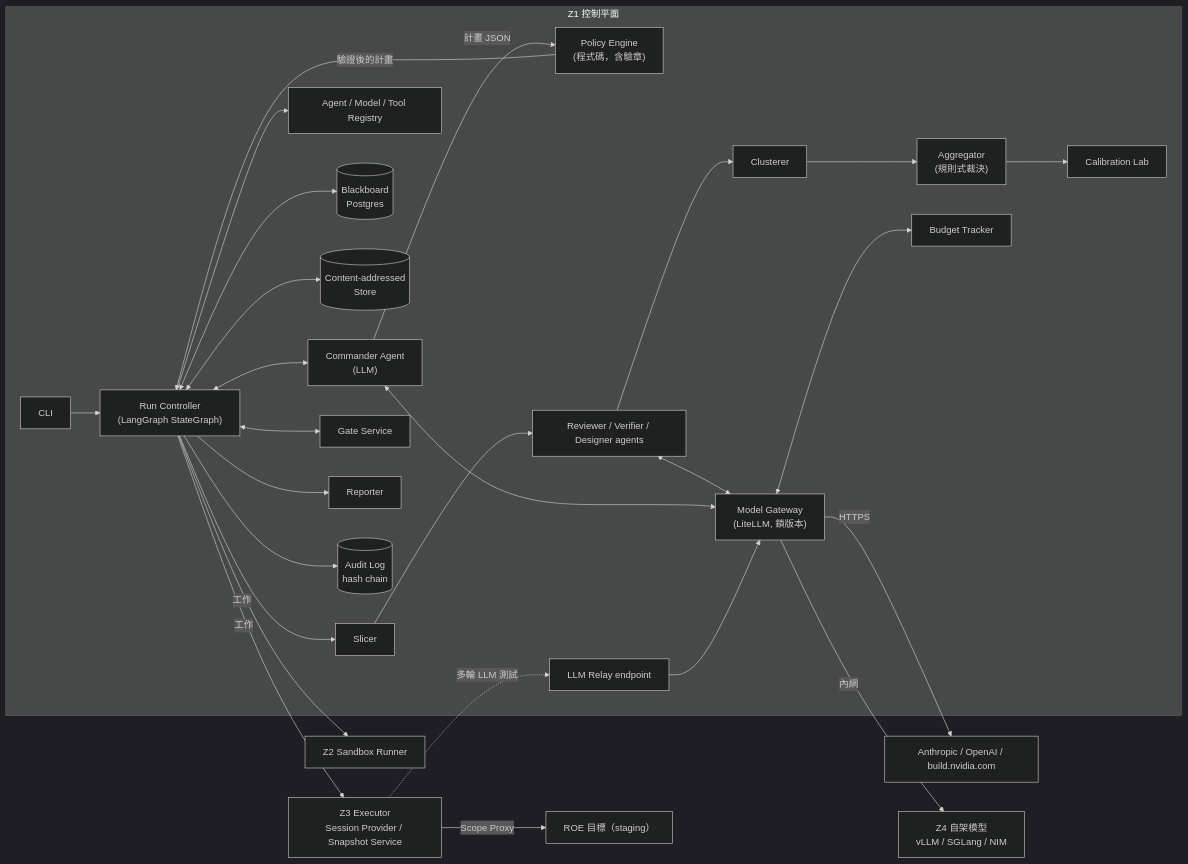
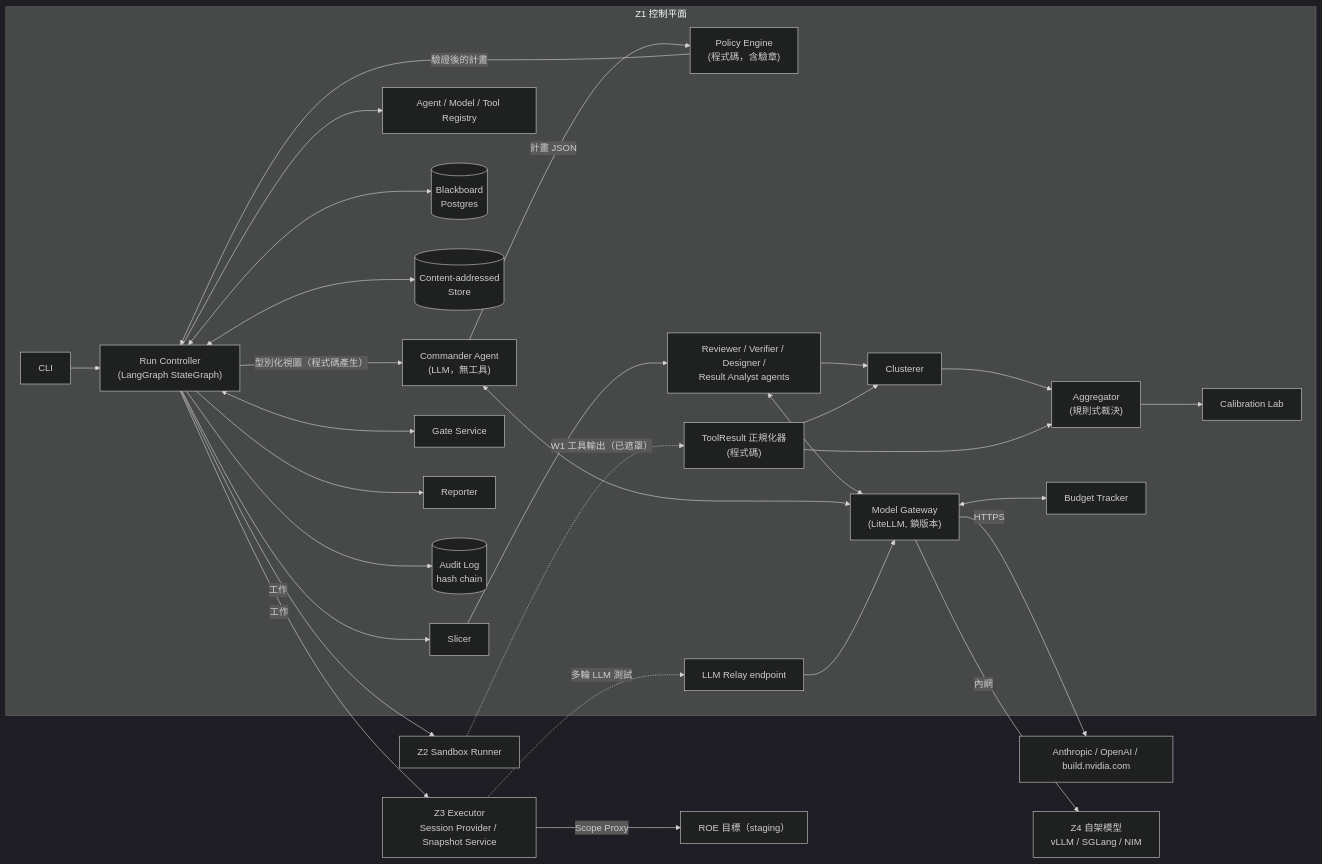
The first of 11 diagrams in docs/03-system-architecture.md (chinchiang/VibeCheckHarness), drawn with Mermaid (dark theme) before and after one commit. The commit also changed other lines of this file, not shown here.

First line of the commit message:
Docs v0.3: architecture for typed commander views, gates and profiles

````diff
--- a/docs/03-system-architecture.md
+++ b/docs/03-system-architecture.md
@@ -25,28 +47,31 @@
 ```mermaid
 flowchart LR
   subgraph Z1["Z1 控制平面"]
     CLI["CLI"] --> RC["Run Controller<br/>(LangGraph StateGraph)"]
-    RC <--> CMD["Commander Agent<br/>(LLM)"]
+    RC -- 型別化視圖（程式碼產生） --> CMD["Commander Agent<br/>(LLM，無工具)"]
     CMD -- 計畫 JSON --> PE["Policy Engine<br/>(程式碼，含驗章)"]
     PE -- 驗證後的計畫 --> RC
     RC --> REG["Agent / Model / Tool Registry"]
     RC <--> BB[("Blackboard<br/>Postgres")]
     RC <--> CAS[("Content-addressed<br/>Store")]
-    RC --> SL["Slicer"] --> AG["Reviewer / Verifier / Designer agents"]
+    RC --> SL["Slicer"] --> AG["Reviewer / Verifier / Designer /<br/>Result Analyst agents"]
     AG --> CL["Clusterer"] --> AGG["Aggregator<br/>(規則式裁決)"]
+    TRN["ToolResult 正規化器<br/>(程式碼)"] --> CL
+    TRN --> AGG
     AGG --> CAL["Calibration Lab"]
     RC <--> GS["Gate Service"]
     RC --> REP["Reporter"]
     RC --> AUD[("Audit Log<br/>hash chain")]
     AG <--> GW["Model Gateway<br/>(LiteLLM, 鎖版本)"]
     CMD <--> GW
     GW <--> BT["Budget Tracker"]
     RLY["LLM Relay endpoint"] --> GW
   end
   GW -->|HTTPS| CLOUD["Anthropic / OpenAI / build.nvidia.com"]
   GW -->|內網| Z4["Z4 自架模型<br/>vLLM / SGLang / NIM"]
   RC -->|工作| Z2["Z2 Sandbox Runner"]
+  Z2 -. W1 工具輸出（已遮罩）.-> TRN
   RC -->|工作| Z3["Z3 Executor<br/>Session Provider / Snapshot Service"]
   Z3 -->|Scope Proxy| TGT["ROE 目標（staging）"]
   Z3 -. 多輪 LLM 測試 .-> RLY
 ```
````
